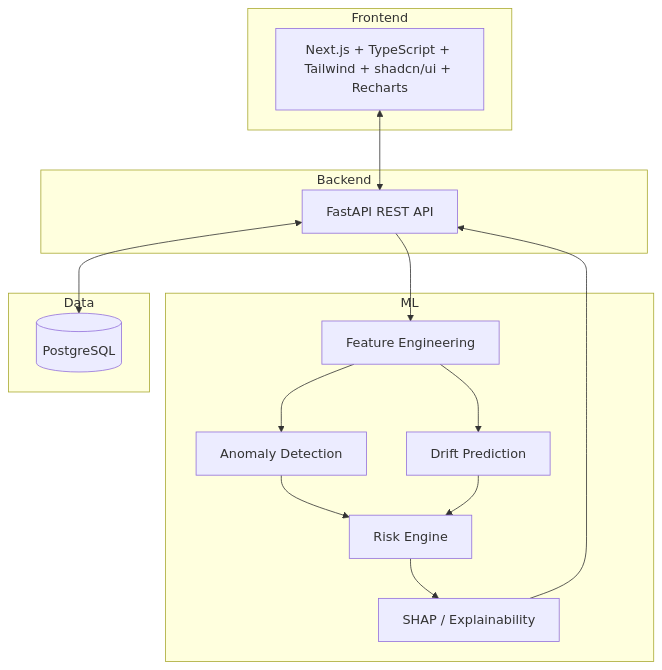
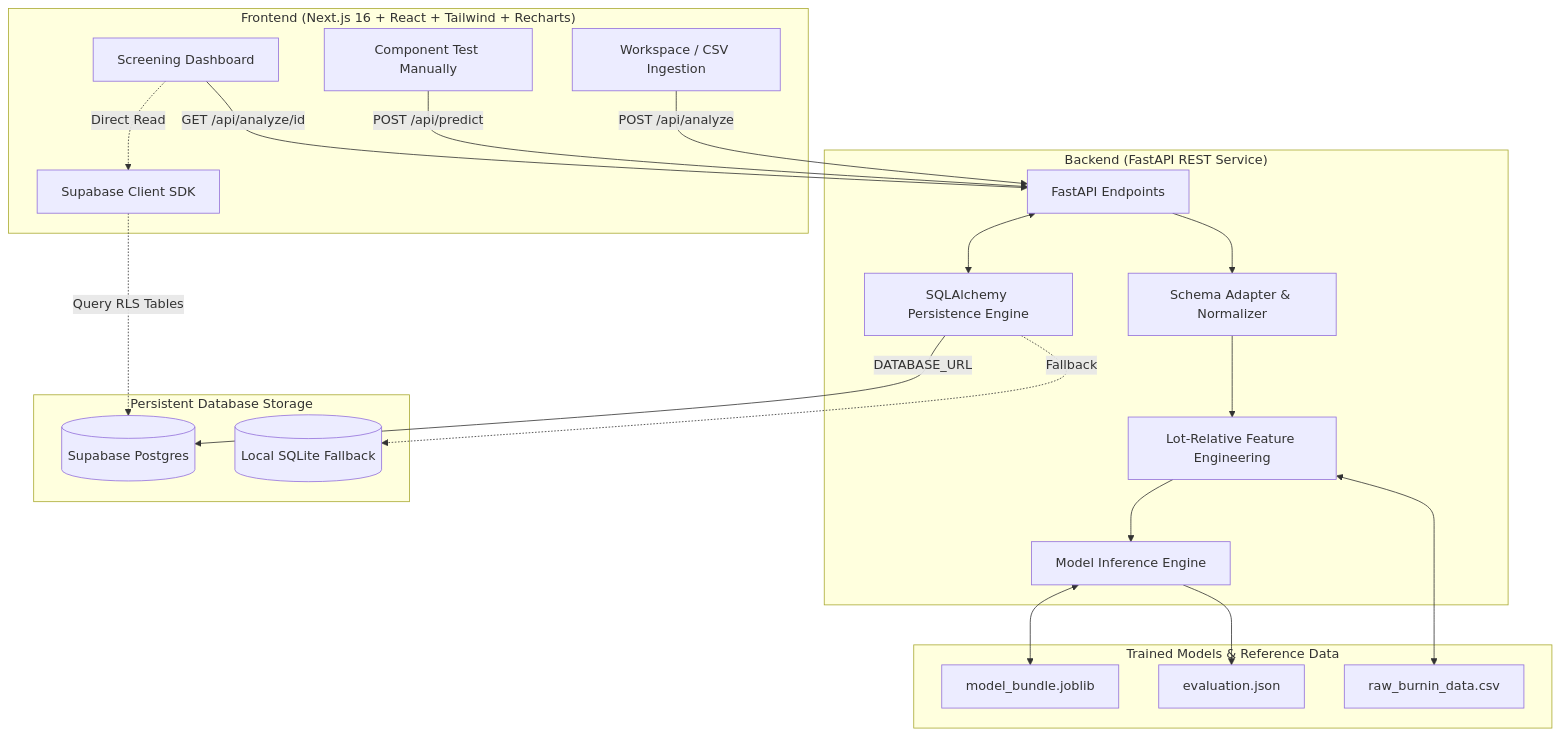
Before and after one commit to MTJ19/CRIP: the first of 2 diagrams in README.md, drawn with Mermaid. The commit also changed other lines of this file, not shown here.

Commit message:
Update README.md with comprehensive documentation on architecture, ML pipeline, Supabase schema, and setup

````diff
--- a/README.md
+++ b/README.md
@@ -499,28 +42,42 @@
 ```mermaid
 flowchart TB
-    subgraph Frontend
-        UI[Next.js + TypeScript + Tailwind + shadcn/ui + Recharts]
-    end
-    subgraph Backend
-        API[FastAPI REST API]
-    end
-    subgraph ML
-        FE[Feature Engineering]
-        AD[Anomaly Detection]
-        DP[Drift Prediction]
-        RE[Risk Engine]
-        XAI[SHAP / Explainability]
-    end
-    subgraph Data
-        DB[(PostgreSQL)]
+    subgraph Frontend ["Frontend (Next.js 16 + React + Tailwind + Recharts)"]
+        WS[Workspace / CSV Ingestion]
+        MT[Component Test Manually]
+        DB_UI[Screening Dashboard]
+        SUPA_CLIENT[Supabase Client SDK]
     end
 
-    UI <--> API
-    API <--> DB
-    API --> FE --> AD
-    FE --> DP
-    AD --> RE
-    DP --> RE
-    RE --> XAI
-    XAI --> API
+    subgraph Backend ["Backend (FastAPI REST Service)"]
+        API[FastAPI Endpoints]
+        NORM[Schema Adapter & Normalizer]
+        FE[Lot-Relative Feature Engineering]
+        ML_ENG[Model Inference Engine]
+        ORM[SQLAlchemy Persistence Engine]
+    end
+
+    subgraph Storage ["Persistent Database Storage"]
+        SUPA_DB[(Supabase Postgres)]
+        SQLITE_DB[(Local SQLite Fallback)]
+    end
+
+    subgraph ML_Artifacts ["Trained Models & Reference Data"]
+        BUNDLE[model_bundle.joblib]
+        EVAL[evaluation.json]
+        RAW_DATA[raw_burnin_data.csv]
+    end
+
+    WS -->|POST /api/analyze| API
+    MT -->|POST /api/predict| API
+    DB_UI -->|GET /api/analyze/id| API
+    DB_UI -.->|Direct Read| SUPA_CLIENT
+    SUPA_CLIENT -.->|Query RLS Tables| SUPA_DB
+
+    API --> NORM --> FE --> ML_ENG
+    ML_ENG <--> BUNDLE
+    API <--> ORM
+    ORM -->|DATABASE_URL| SUPA_DB
+    ORM -.->|Fallback| SQLITE_DB
+    ML_ENG --> EVAL
+    FE <--> RAW_DATA
 ```
````
